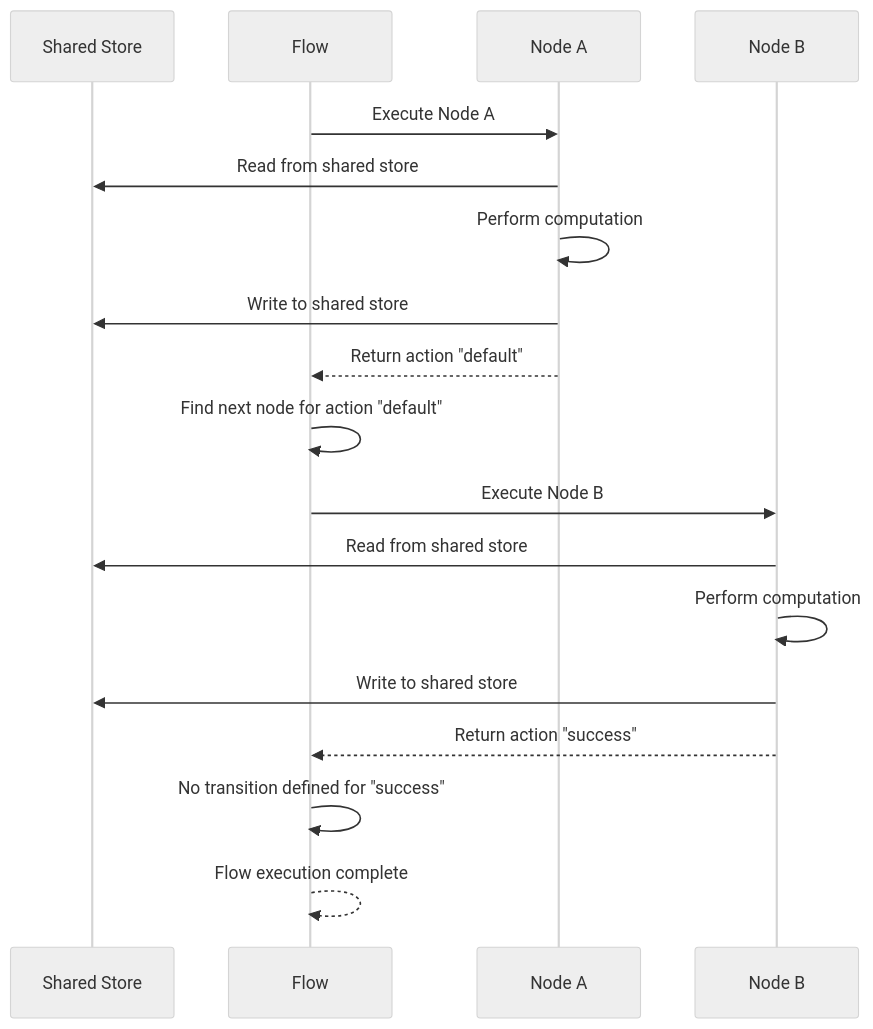
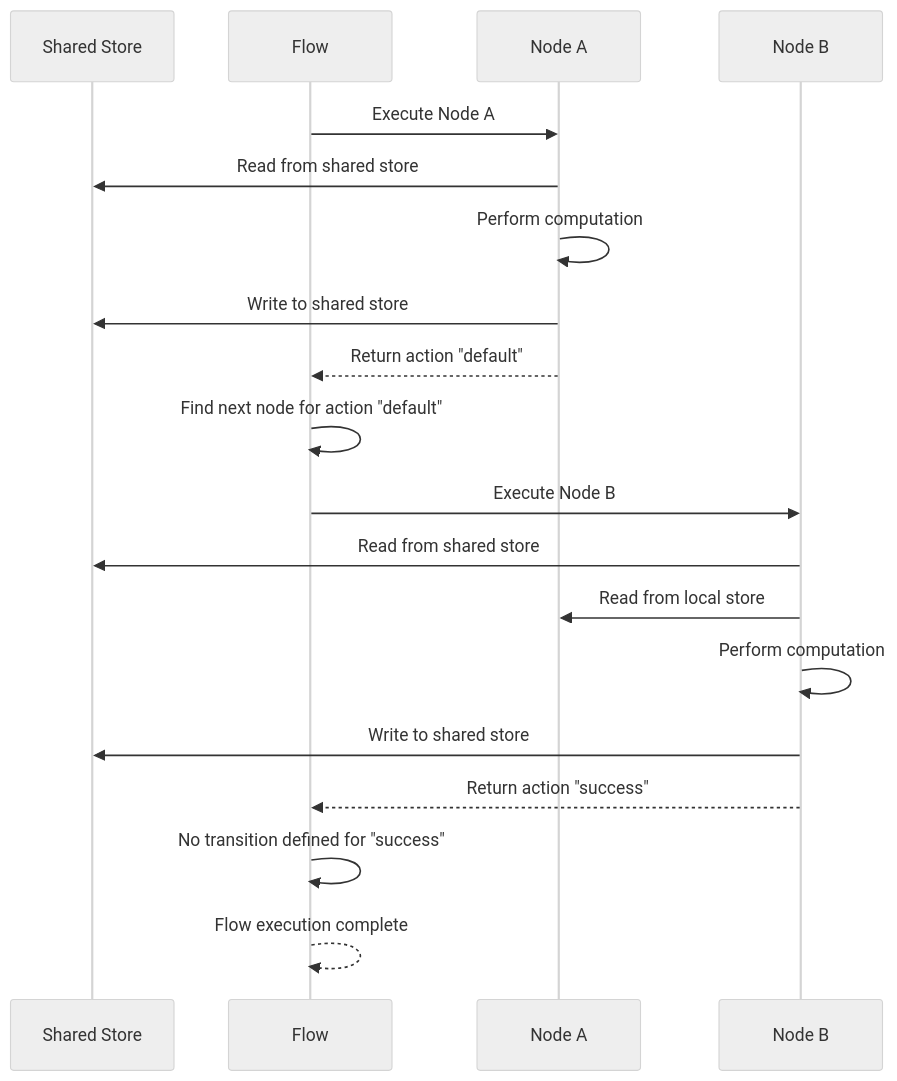
Before and after one commit to skadaai/caskada: the first of 3 diagrams in docs/core_abstraction/flow.md, drawn with Mermaid (neutral theme). The commit also changed other lines of this file and 2 other files, not shown here.

Commit message:
rewrite node and flow docs

````diff
--- a/docs/core_abstraction/flow.md
+++ b/docs/core_abstraction/flow.md
@@ -113,23 +149,24 @@
 ```mermaid
 sequenceDiagram
     participant S as Shared Store
     participant F as Flow
     participant N1 as Node A
     participant N2 as Node B
 
     F->>N1: Execute Node A
     N1->>S: Read from shared store
     N1->>N1: Perform computation
     N1->>S: Write to shared store
     N1-->>F: Return action "default"
 
     F->>F: Find next node for action "default"
     F->>N2: Execute Node B
     N2->>S: Read from shared store
+    N2->>N1: Read from local store
     N2->>N2: Perform computation
     N2->>S: Write to shared store
     N2-->>F: Return action "success"
 
     F->>F: No transition defined for "success"
     F-->>F: Flow execution complete
 ```
````
